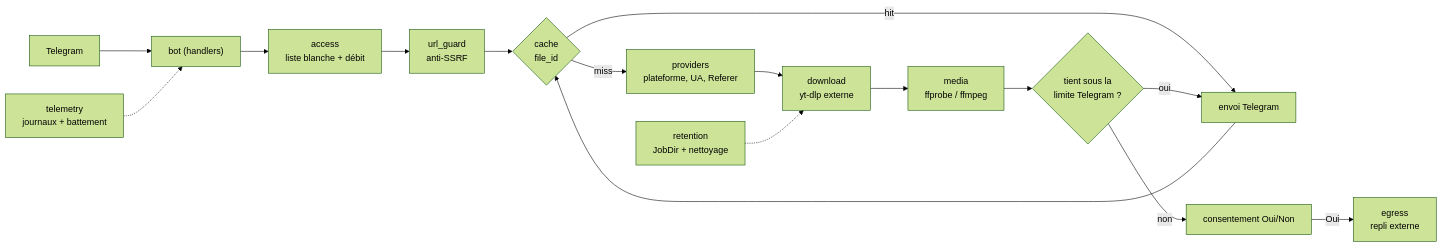
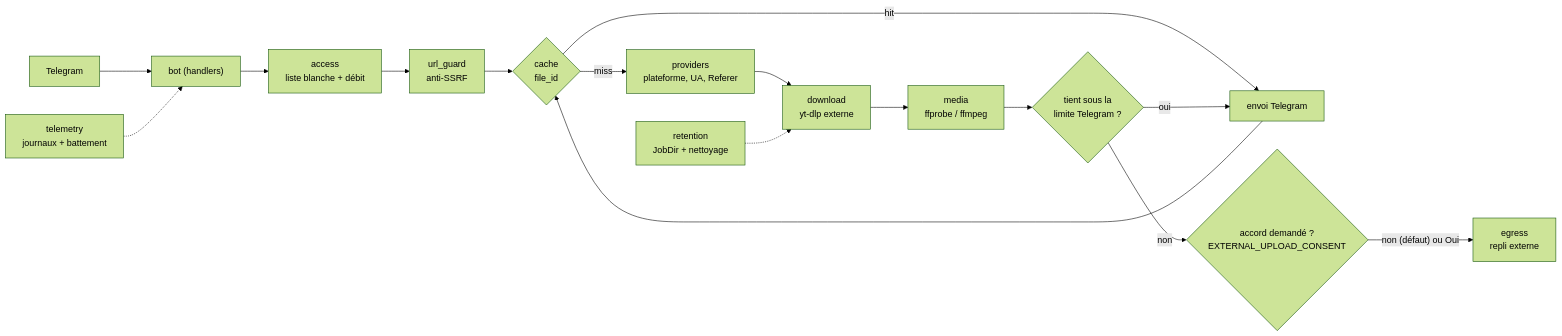
The diagram in DOCS.md (OverStyleFR/SocialVideoDownload.py), drawn with Mermaid (forest theme) before and after one commit. The commit also changed other lines of this file and 32 other files, not shown here.

First line of the commit message:
fix: parité 1:1 avec le bot Python (journaux, repli externe, accès, .env, compose, token refusé)

````diff
--- a/DOCS.md
+++ b/DOCS.md
@@ -7,18 +7,18 @@
 ```mermaid
 flowchart LR
     TG[Telegram] --> bot["bot (handlers)"]
     bot --> access["access<br/>liste blanche + débit"]
     access --> url_guard["url_guard<br/>anti-SSRF"]
     url_guard --> cache{"cache<br/>file_id"}
     cache -- hit --> envoi
     cache -- miss --> providers["providers<br/>plateforme, UA, Referer"]
     providers --> download["download<br/>yt-dlp externe"]
     download --> media["media<br/>ffprobe / ffmpeg"]
     media --> taille{"tient sous la<br/>limite Telegram ?"}
     taille -- oui --> envoi["envoi Telegram"]
-    taille -- non --> consent["consentement Oui/Non"]
-    consent -- Oui --> egress["egress<br/>repli externe"]
+    taille -- non --> consent{"accord demandé ?<br/>EXTERNAL_UPLOAD_CONSENT"}
+    consent -- "non (défaut) ou Oui" --> egress["egress<br/>repli externe"]
     envoi --> cache
     retention["retention<br/>JobDir + nettoyage"] -.-> download
     telemetry["telemetry<br/>journaux + battement"] -.-> bot
 ```
````
